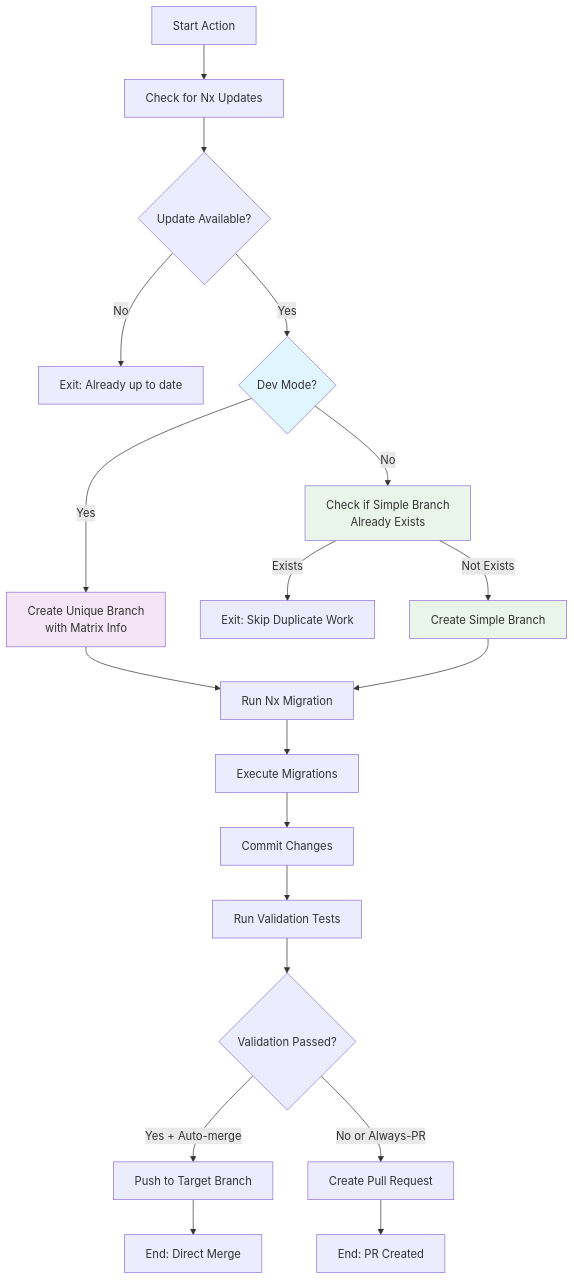
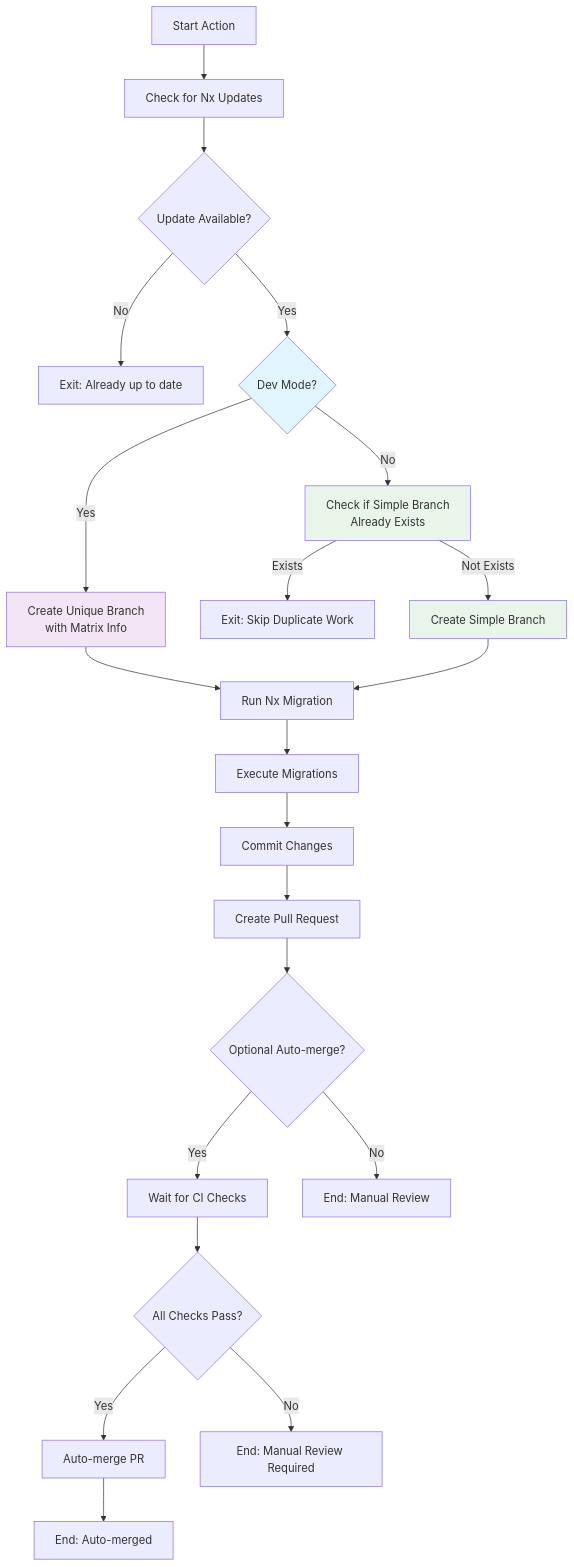
Before and after one commit to gridatek/nx-migrate-action: the diagram in README.md, drawn with Mermaid. The commit also changed other lines of this file and 10 other files, not shown here.

````diff
--- a/README.md
+++ b/README.md
@@ -333,31 +358,31 @@
 ```mermaid
 flowchart TD
     A[Start Action] --> B[Check for Nx Updates]
     B --> C{Update Available?}
     C -->|No| D[Exit: Already up to date]
     C -->|Yes| E{Dev Mode?}
 
     E -->|Yes| F[Create Unique Branch<br/>with Matrix Info]
     E -->|No| G[Check if Simple Branch<br/>Already Exists]
 
     G -->|Exists| H[Exit: Skip Duplicate Work]
     G -->|Not Exists| I[Create Simple Branch]
 
     F --> J[Run Nx Migration]
     I --> J
     J --> K[Execute Migrations]
     K --> L[Commit Changes]
-    L --> M[Run Validation Tests]
-
-    M --> N{Validation Passed?}
-    N -->|Yes + Auto-merge| O[Push to Target Branch]
-    N -->|No or Always-PR| P[Create Pull Request]
-
-    O --> Q[End: Direct Merge]
-    P --> R[End: PR Created]
+    L --> P[Create Pull Request]
+    P --> Q{Optional Auto-merge?}
+    Q -->|Yes| R[Wait for CI Checks]
+    Q -->|No| S[End: Manual Review]
+    R --> T{All Checks Pass?}
+    T -->|Yes| U[Auto-merge PR]
+    T -->|No| V[End: Manual Review Required]
+    U --> W[End: Auto-merged]
 
     style E fill:#e1f5fe
     style F fill:#f3e5f5
     style G fill:#e8f5e8
     style I fill:#e8f5e8
 ```
````
